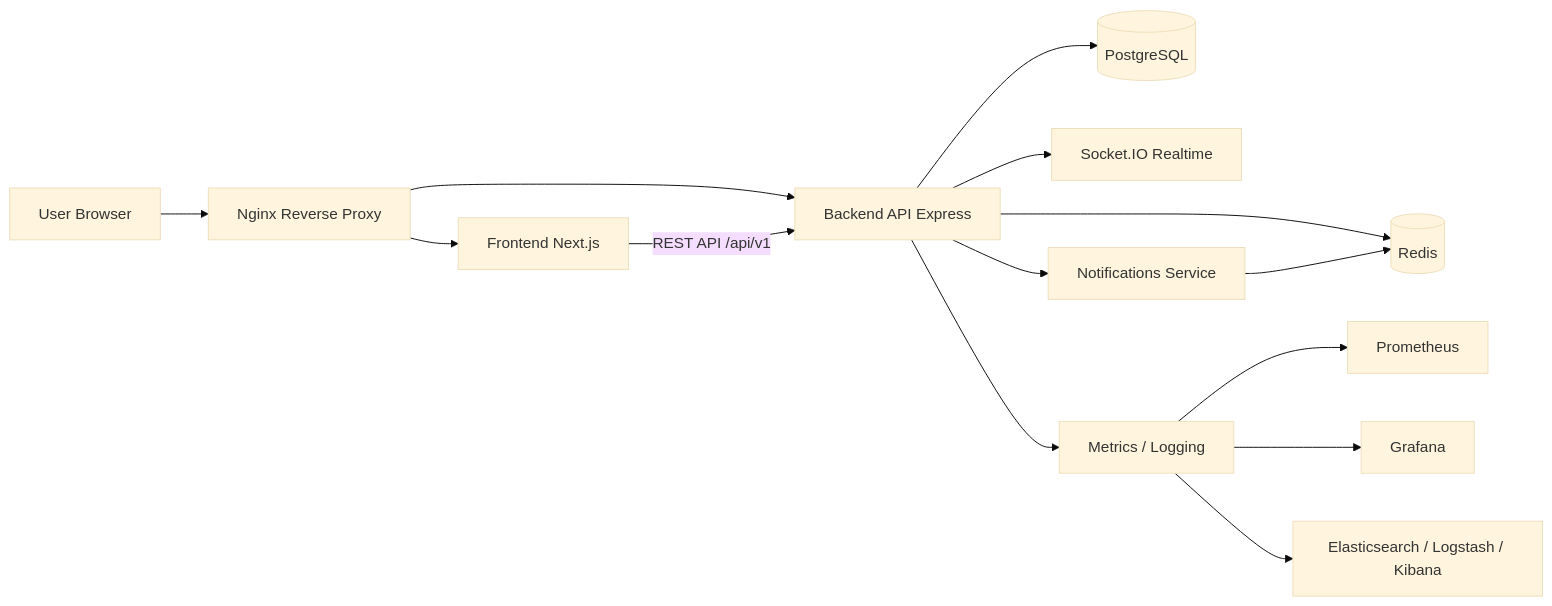
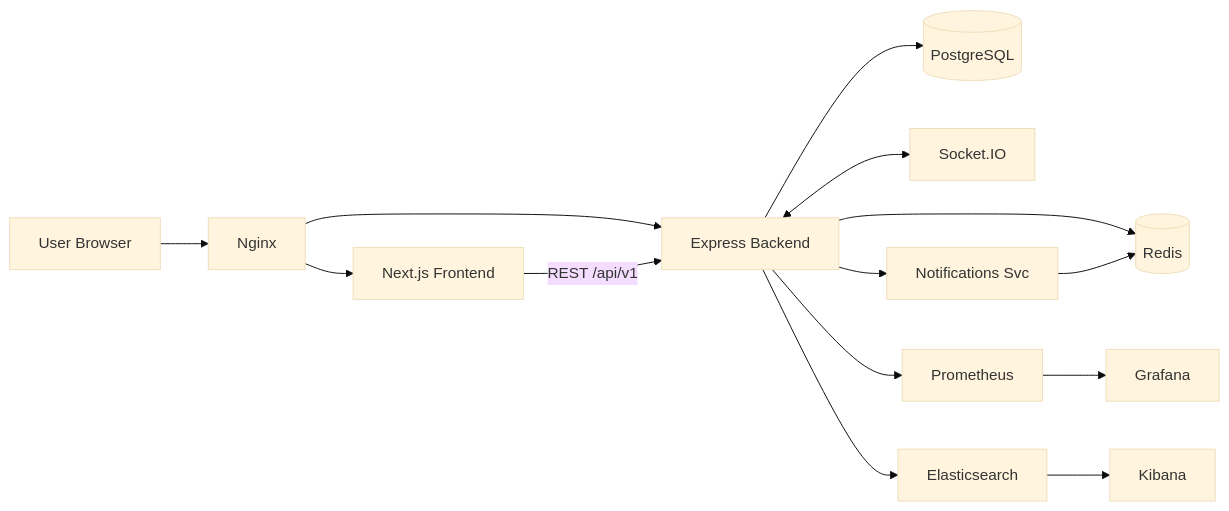
The diagram in README.md (TemiKayode/School-Management-System), drawn with Mermaid (base theme) before and after one commit. The commit also changed other lines of this file, not shown here.

````diff
--- a/README.md
+++ b/README.md
@@ -70,16 +65,16 @@
 ```mermaid
 flowchart LR
-    U[User Browser] --> N[Nginx Reverse Proxy]
-    N --> F[Frontend Next.js]
-    N --> B[Backend API Express]
-    F -->|REST API /api/v1| B
+    U[User Browser] --> N[Nginx]
+    N --> F[Next.js Frontend]
+    N --> B[Express Backend]
+    F -- REST /api/v1 --> B
     B --> P[(PostgreSQL)]
     B --> R[(Redis)]
-    B --> S[Socket.IO Realtime]
-    B --> NS[Notifications Service]
+    B <--> S[Socket.IO]
+    B --> NS[Notifications Svc]
     NS --> R
-    B --> M[Metrics / Logging]
-    M --> PR[Prometheus]
-    M --> GF[Grafana]
-    M --> ELK[Elasticsearch / Logstash / Kibana]
+    B --> PR[Prometheus]
+    PR --> GF[Grafana]
+    B --> ES[Elasticsearch]
+    ES --> KB[Kibana]
 ```
````
